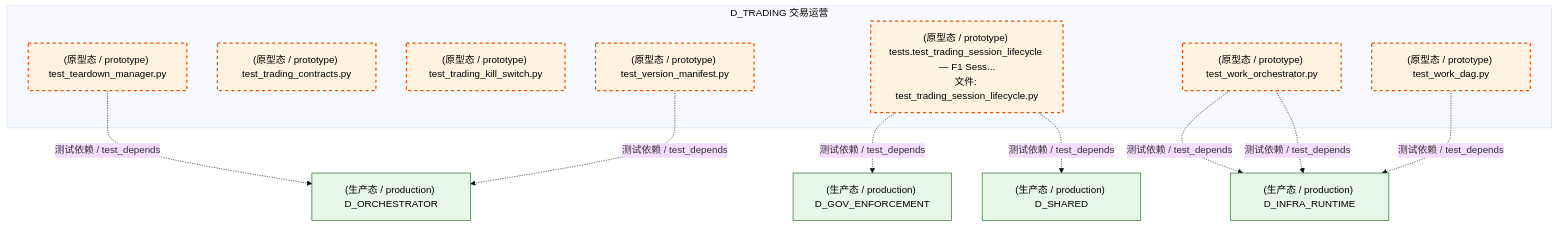
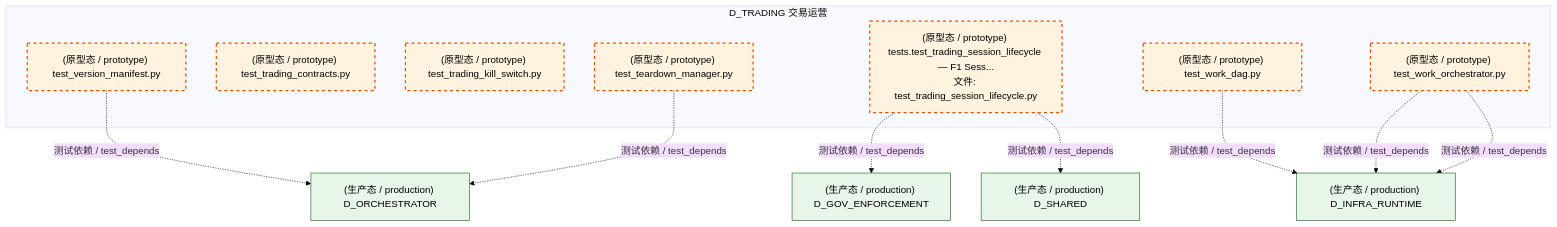
The fourth of 7 diagrams in docs/02_enterprise_architecture/02_domain_architecture_docs/58_d_trading.md (xuanFelixVan/ZephyrAlpha), drawn with Mermaid (base theme) before and after one commit. The commit also changed other lines of this file and 124 other files, not shown here.

````diff
--- a/docs/02_enterprise_architecture/02_domain_architecture_docs/58_d_trading.md
+++ b/docs/02_enterprise_architecture/02_domain_architecture_docs/58_d_trading.md
@@ -424,29 +428,29 @@
 ```mermaid
 graph TD
     subgraph D_TRADING["D_TRADING 交易运营"]
         tests_trading_test_teardown_manager_py["(原型态 / prototype) test_teardown_manager.py"]
         tests_trading_test_trading_contracts_py["(原型态 / prototype) test_trading_contracts.py"]
         tests_trading_test_trading_kill_switch_py["(原型态 / prototype) test_trading_kill_switch.py"]
         tests_trading_test_trading_session_lifecycle_py["(原型态 / prototype) tests.test_trading_session_lifecycle — F1 Sess...<br/>文件: test_trading_session_lifecycle.py"]
         tests_trading_test_version_manifest_py["(原型态 / prototype) test_version_manifest.py"]
         tests_trading_test_work_dag_py["(原型态 / prototype) test_work_dag.py"]
         tests_trading_test_work_orchestrator_py["(原型态 / prototype) test_work_orchestrator.py"]
     end
-    D_ORCHESTRATOR["(生产态 / production) D_ORCHESTRATOR"]
-    tests_trading_test_teardown_manager_py -.->|测试依赖 / test_depends| D_ORCHESTRATOR
+    D_INFRA_RUNTIME["(生产态 / production) D_INFRA_RUNTIME"]
+    tests_trading_test_work_dag_py -.->|测试依赖 / test_depends| D_INFRA_RUNTIME
     D_GOV_ENFORCEMENT["(生产态 / production) D_GOV_ENFORCEMENT"]
     tests_trading_test_trading_session_lifecycle_py -.->|测试依赖 / test_depends| D_GOV_ENFORCEMENT
     D_SHARED["(生产态 / production) D_SHARED"]
     tests_trading_test_trading_session_lifecycle_py -.->|测试依赖 / test_depends| D_SHARED
-    D_INFRA_RUNTIME["(生产态 / production) D_INFRA_RUNTIME"]
     tests_trading_test_work_orchestrator_py -.->|测试依赖 / test_depends| D_INFRA_RUNTIME
     tests_trading_test_work_orchestrator_py -.->|测试依赖 / test_depends| D_INFRA_RUNTIME
-    tests_trading_test_work_dag_py -.->|测试依赖 / test_depends| D_INFRA_RUNTIME
+    D_ORCHESTRATOR["(生产态 / production) D_ORCHESTRATOR"]
     tests_trading_test_version_manifest_py -.->|测试依赖 / test_depends| D_ORCHESTRATOR
+    tests_trading_test_teardown_manager_py -.->|测试依赖 / test_depends| D_ORCHESTRATOR
     classDef production fill:#e1f5fe,stroke:#01579b,stroke-width:2px,color:#000
     classDef design fill:#fff3e0,stroke:#e65100,stroke-width:2px,color:#000,stroke-dasharray: 5 5
     classDef external_prod fill:#e8f5e9,stroke:#1b5e20,stroke-width:1px,color:#000
     classDef external_design fill:#fce4ec,stroke:#880e4f,stroke-width:1px,color:#000,stroke-dasharray: 5 5
     class tests_trading_test_teardown_manager_py,tests_trading_test_trading_contracts_py,tests_trading_test_trading_kill_switch_py,tests_trading_test_trading_session_lifecycle_py,tests_trading_test_version_manifest_py,tests_trading_test_work_dag_py,tests_trading_test_work_orchestrator_py design
-    class D_ORCHESTRATOR,D_GOV_ENFORCEMENT,D_SHARED,D_INFRA_RUNTIME external_prod
+    class D_INFRA_RUNTIME,D_GOV_ENFORCEMENT,D_SHARED,D_ORCHESTRATOR external_prod
 ```
````
